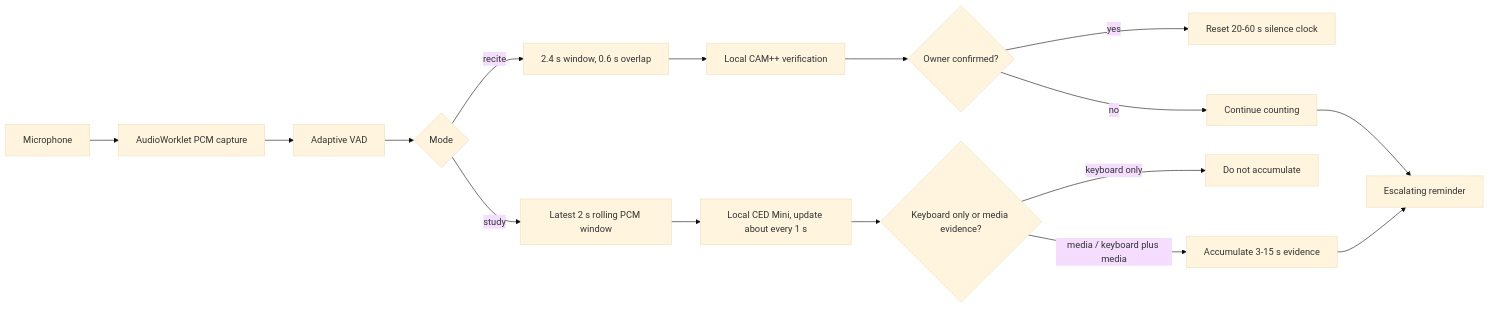
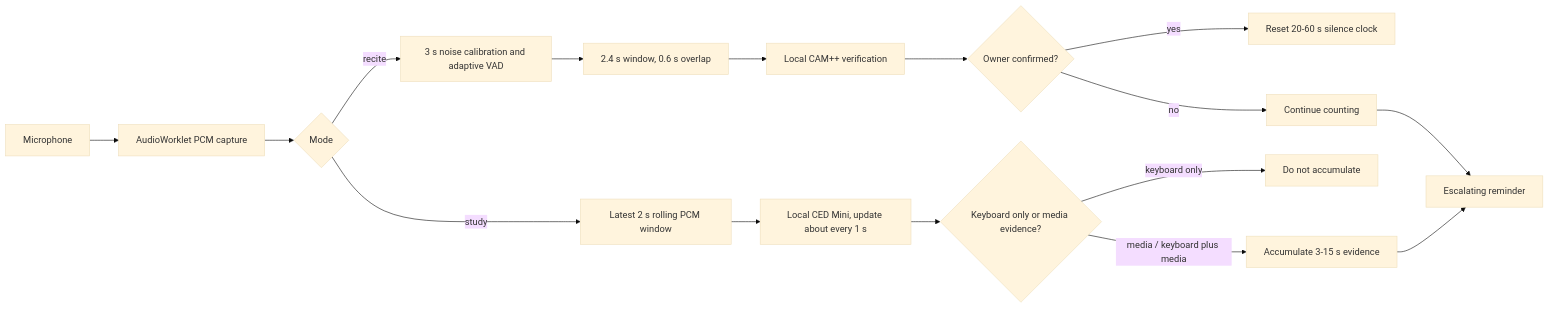
One commit to bwai0640-arch/red-watch-recite changed the third of 3 diagrams in docs/ARCHITECTURE.md. Above: the diagram before and after it, drawn with Mermaid (base theme). The commit also changed other lines of this file and 14 other files, not shown here.

````diff
--- a/docs/ARCHITECTURE.md
+++ b/docs/ARCHITECTURE.md
@@ -57,18 +57,18 @@
 ```mermaid
 flowchart LR
     Mic["Microphone"] --> Worklet["AudioWorklet PCM capture"]
-    Worklet --> VAD["Adaptive VAD"]
-    VAD --> Mode{"Mode"}
-    Mode -->|"recite"| Window["2.4 s window, 0.6 s overlap"]
+    Worklet --> Mode{"Mode"}
+    Mode -->|"recite"| VAD["3 s noise calibration and adaptive VAD"]
+    VAD --> Window["2.4 s window, 0.6 s overlap"]
     Window --> Verify["Local CAM++ verification"]
     Verify --> Owner{"Owner confirmed?"}
     Owner -->|"yes"| Reset["Reset 20-60 s silence clock"]
     Owner -->|"no"| ReciteCount["Continue counting"]
     Mode -->|"study"| Roll["Latest 2 s rolling PCM window"]
     Roll --> CED["Local CED Mini, update about every 1 s"]
     CED --> Event{"Keyboard only or media evidence?"}
     Event -->|"keyboard only"| Ignore["Do not accumulate"]
     Event -->|"media / keyboard plus media"| Quiet["Accumulate 3-15 s evidence"]
     ReciteCount --> Alert["Escalating reminder"]
     Quiet --> Alert
 ```
````
